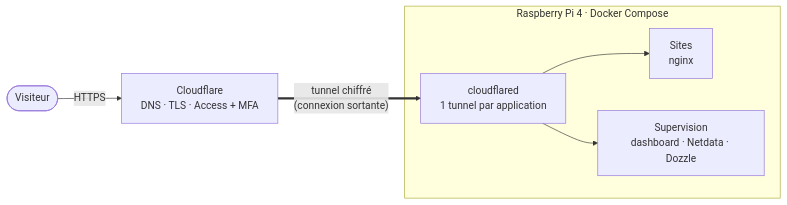
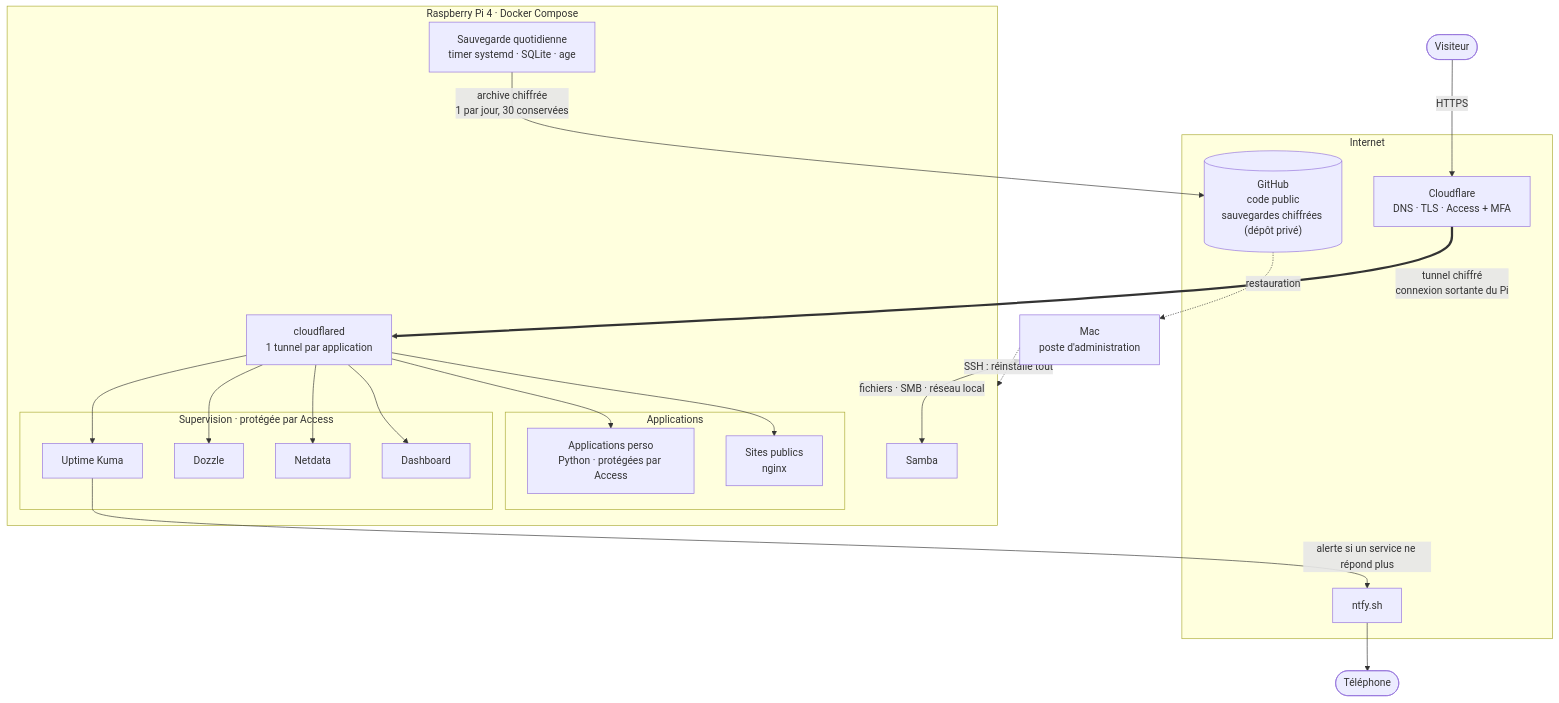
Before and after one commit to maximelabatut/maximelabatut: the diagram in README.md, drawn with Mermaid. The commit also changed other lines of this file, not shown here.

First line of the commit message:
README : architecture complete (schema, flux, frontieres de confiance) et stack detaillee

````diff
--- a/README.md
+++ b/README.md
@@ -47,10 +47,40 @@
 ```mermaid
-flowchart LR
-    V(["Visiteur"]) -->|"HTTPS"| CF["Cloudflare<br/>DNS · TLS · Access + MFA"]
-    CF ==>|"tunnel chiffré<br/>(connexion sortante)"| T
+flowchart TB
+    V(["Visiteur"])
+    subgraph NET ["Internet"]
+        CF["Cloudflare<br/>DNS · TLS · Access + MFA"]
+        GH[("GitHub<br/>code public<br/>sauvegardes chiffrées (dépôt privé)")]
+        NTFY["ntfy.sh"]
+    end
     subgraph PI ["Raspberry Pi 4 · Docker Compose"]
-        T["cloudflared<br/>1 tunnel par application"]
-        T --> S["Sites<br/>nginx"]
-        T --> M["Supervision<br/>dashboard · Netdata · Dozzle"]
+        CFD["cloudflared<br/>1 tunnel par application"]
+        subgraph APPS ["Applications"]
+            SITES["Sites publics<br/>nginx"]
+            PRIV["Applications perso<br/>Python · protégées par Access"]
+        end
+        subgraph SUP ["Supervision · protégée par Access"]
+            DASH["Dashboard"]
+            ND["Netdata"]
+            DZ["Dozzle"]
+            UK["Uptime Kuma"]
+        end
+        BK["Sauvegarde quotidienne<br/>timer systemd · SQLite · age"]
+        SMB["Samba"]
     end
+    MAC["Mac<br/>poste d'administration"]
+    PHONE(["Téléphone"])
+
+    V -->|"HTTPS"| CF
+    CF ==>|"tunnel chiffré<br/>connexion sortante du Pi"| CFD
+    CFD --> SITES
+    CFD --> PRIV
+    CFD --> DASH
+    CFD --> ND
+    CFD --> DZ
+    CFD --> UK
+    UK -->|"alerte si un service ne répond plus"| NTFY --> PHONE
+    BK -->|"archive chiffrée<br/>1 par jour, 30 conservées"| GH
+    GH -.->|"restauration"| MAC
+    MAC -.->|"SSH : réinstalle tout"| PI
+    MAC <-->|"fichiers · SMB · réseau local"| SMB
 ```
````
